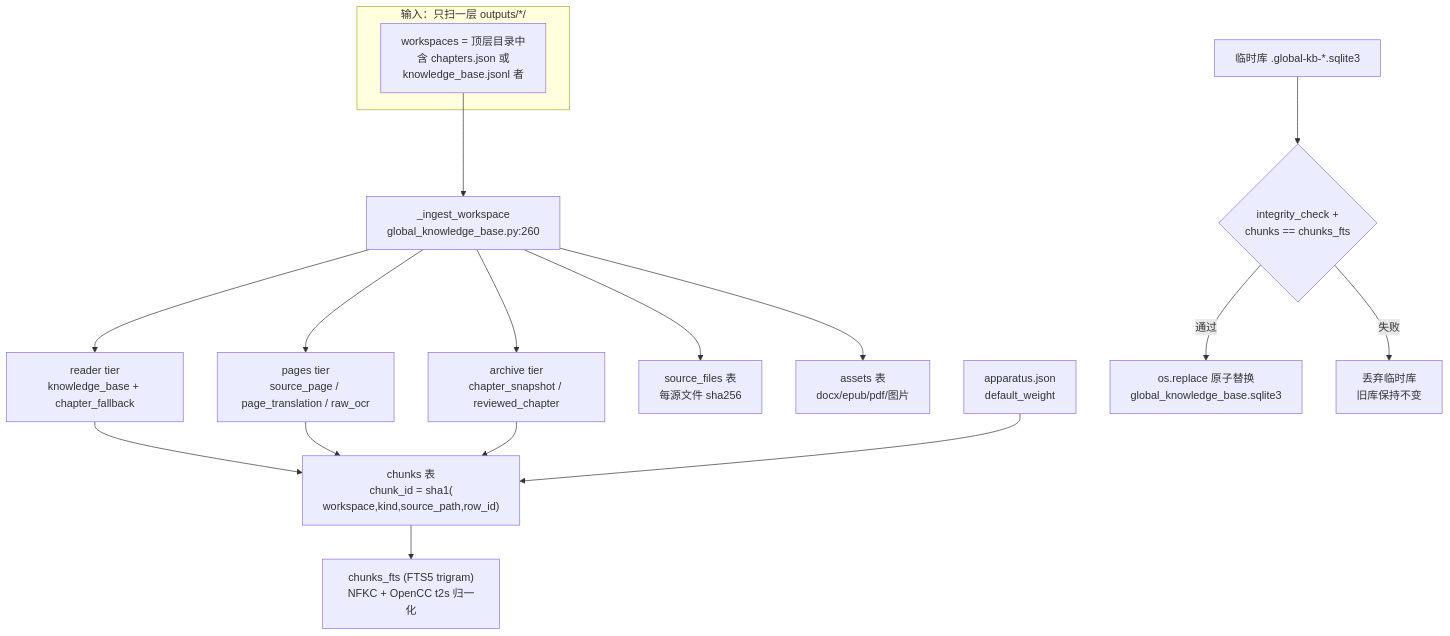
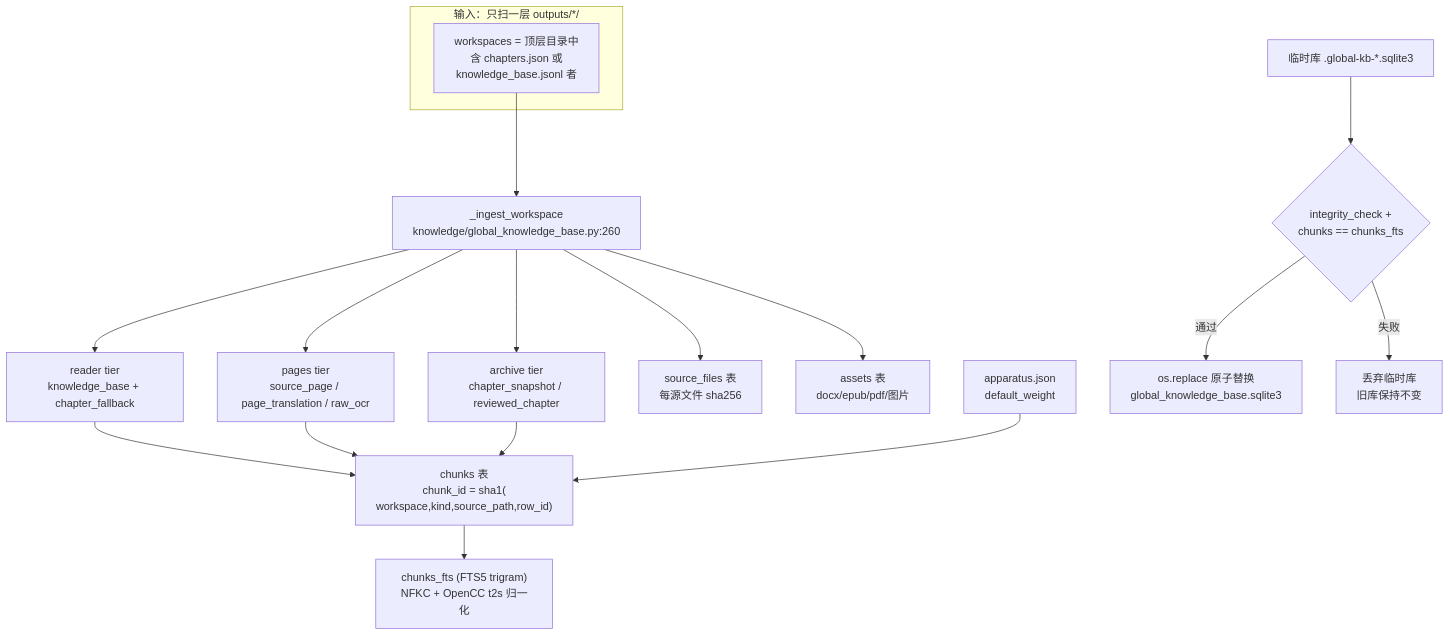
One commit to 693623649-border/translation-agent changed the fourth of 6 diagrams in docs/global-knowledge-base-dataflow.md. Above: the diagram before and after it, drawn with Mermaid. The commit also changed other lines of this file and 210 other files, not shown here.

````diff
--- a/docs/global-knowledge-base-dataflow.md
+++ b/docs/global-knowledge-base-dataflow.md
@@ -80,23 +80,23 @@
 ```mermaid
 flowchart TB
     subgraph IN["输入：只扫一层 outputs/*/"]
         SOL["workspaces = 顶层目录中<br/>含 chapters.json 或<br/>knowledge_base.jsonl 者"]
     end
-    SOL --> ING["_ingest_workspace<br/>global_knowledge_base.py:260"]
+    SOL --> ING["_ingest_workspace<br/>knowledge/global_knowledge_base.py:260"]
 
     ING --> T1["reader tier<br/>knowledge_base + chapter_fallback"]
     ING --> T2["pages tier<br/>source_page / page_translation / raw_ocr"]
     ING --> T3["archive tier<br/>chapter_snapshot / reviewed_chapter"]
 
     T1 --> CHUNKS["chunks 表<br/>chunk_id = sha1(<br/>workspace,kind,source_path,row_id)"]
     T2 --> CHUNKS
     T3 --> CHUNKS
     CHUNKS --> FTS["chunks_fts (FTS5 trigram)<br/>NFKC + OpenCC t2s 归一化"]
     ING --> SF["source_files 表<br/>每源文件 sha256"]
     ING --> AS["assets 表<br/>docx/epub/pdf/图片"]
     APP2["apparatus.json<br/>default_weight"] --> CHUNKS
 
     TMP["临时库 .global-kb-*.sqlite3"] --> CHK{"integrity_check +<br/>chunks == chunks_fts"}
     CHK -->|通过| REPL["os.replace 原子替换<br/>global_knowledge_base.sqlite3"]
     CHK -->|失败| ABORT["丢弃临时库<br/>旧库保持不变"]
 ```
````
